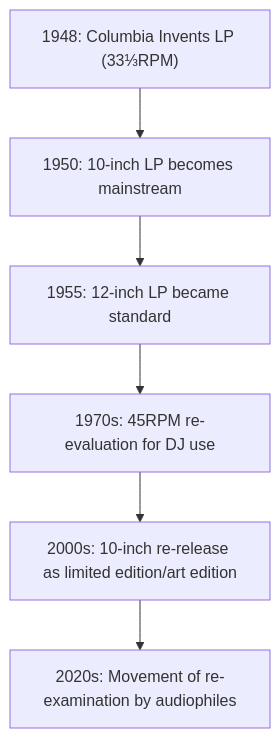
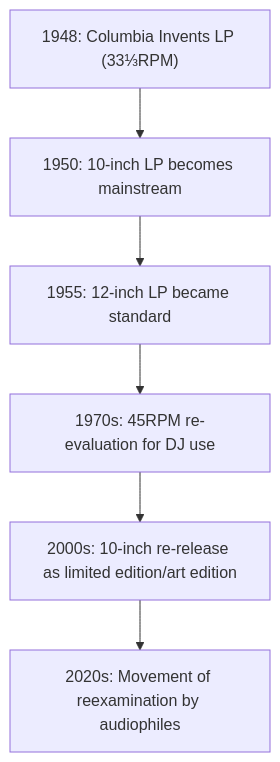
One commit to monumental-movement/monumental-movement.github.io changed the first of 3 diagrams in en/_posts/2025-10-11-Colum-10-Inch-Vinyl-Tech.md. Above: the diagram before and after it, drawn with Mermaid. The commit also changed other lines of this file and 399 other files, not shown here.

```diff
--- a/en/_posts/2025-10-11-Colum-10-Inch-Vinyl-Tech.md
+++ b/en/_posts/2025-10-11-Colum-10-Inch-Vinyl-Tech.md
@@ -175,14 +175,14 @@
 <div class="mermaid">
 
 flowchart TD
     A1948["1948: Columbia Invents LP (33⅓RPM)"]
     A1950["1950: 10-inch LP becomes mainstream"]
     A1955["1955: 12-inch LP became standard"]
     A1970["1970s: 45RPM re-evaluation for DJ use"]
     A2000["2000s: 10-inch re-release as limited edition/art edition"]
-    A2020["2020s: Movement of re-examination by audiophiles"]
+    A2020["2020s: Movement of reexamination by audiophiles"]
 
     A1948 --> A1950 --> A1955 --> A1970 --> A2000 --> A2020
 
 
 </div>
```
